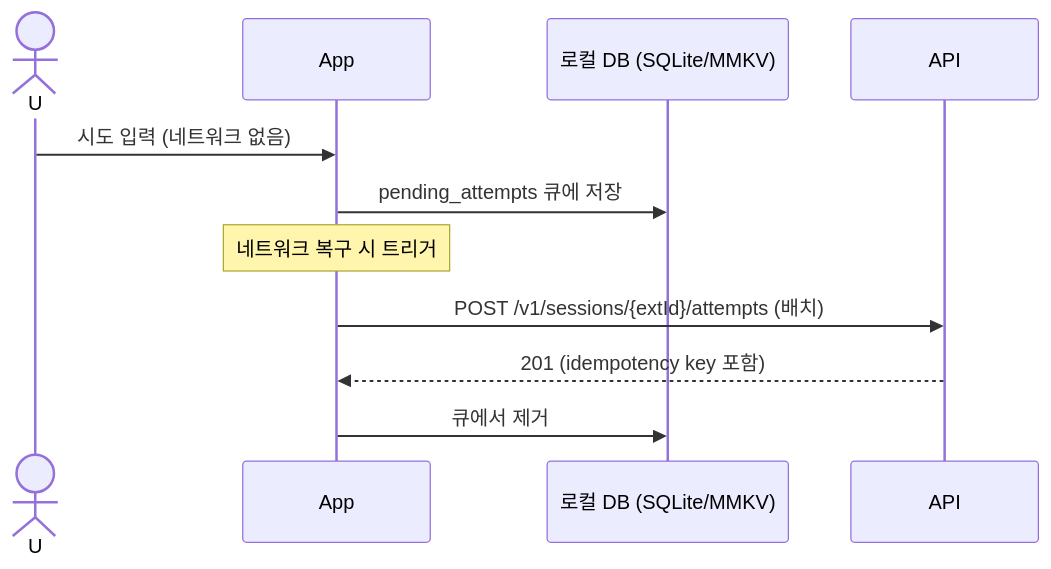
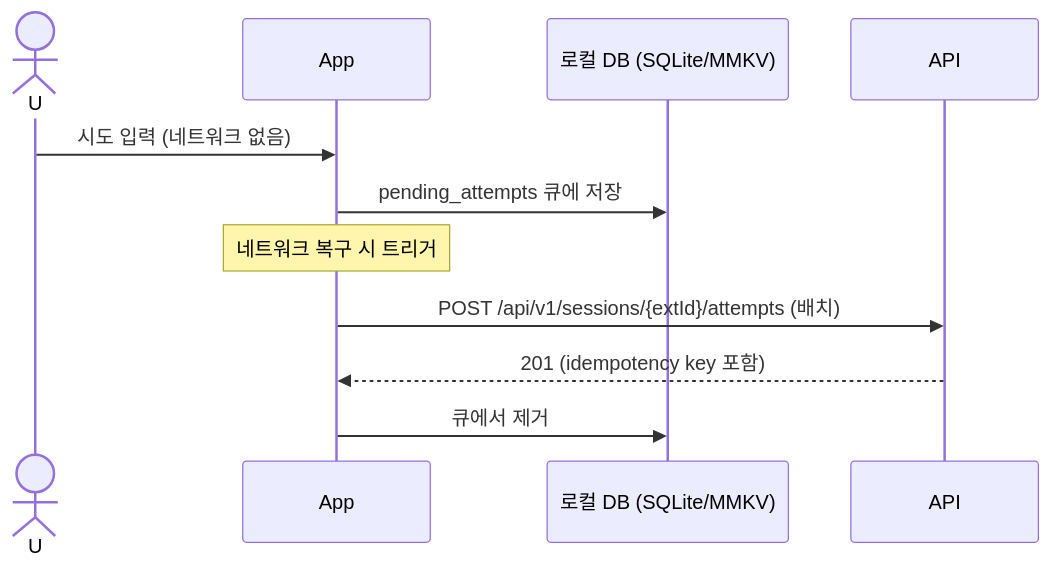
One commit to theo-ooooo/crimp changed the second of 4 diagrams in docs/설계/sequence/session-log.md. Above: the diagram before and after it, drawn with Mermaid. The commit also changed other lines of this file and 5 other files, not shown here.

````diff
--- a/docs/설계/sequence/session-log.md
+++ b/docs/설계/sequence/session-log.md
@@ -44,14 +44,14 @@
 ```mermaid
 sequenceDiagram
     actor U
     participant App
     participant Local as 로컬 DB (SQLite/MMKV)
     participant API
 
     U->>App: 시도 입력 (네트워크 없음)
     App->>Local: pending_attempts 큐에 저장
     Note over App: 네트워크 복구 시 트리거
-    App->>API: POST /v1/sessions/{extId}/attempts (배치)
+    App->>API: POST /api/v1/sessions/{extId}/attempts (배치)
     API-->>App: 201 (idempotency key 포함)
     App->>Local: 큐에서 제거
 ```
````
